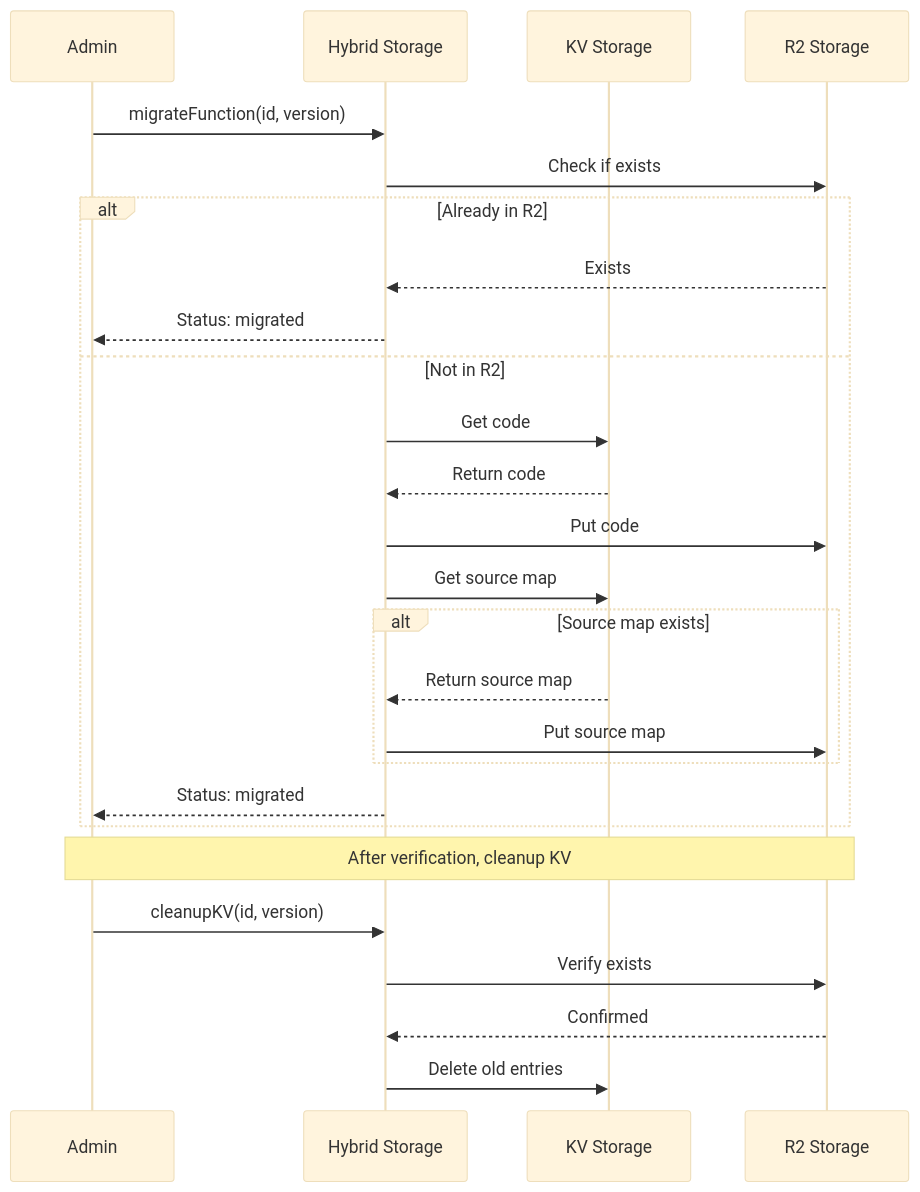
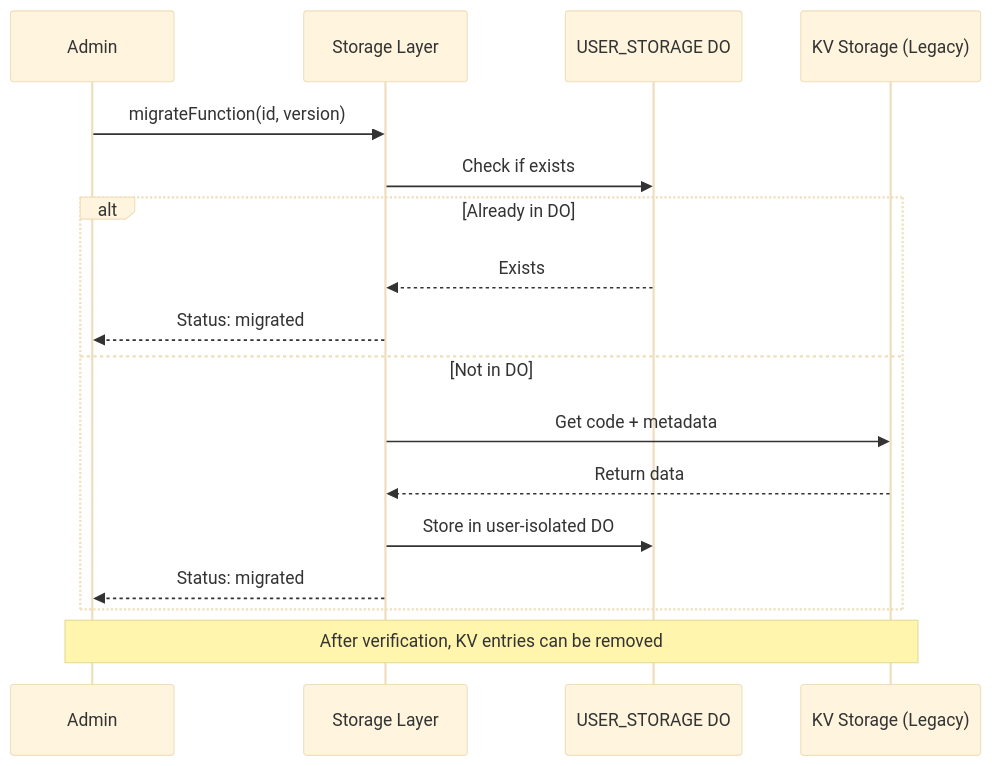
The seventh of 10 diagrams in docs/architecture/overview.md (dot-do/functions), drawn with Mermaid (base theme) before and after one commit. The commit also changed other lines of this file and 14 other files, not shown here.

````diff
--- a/docs/architecture/overview.md
+++ b/docs/architecture/overview.md
@@ -315,35 +299,25 @@
 ```mermaid
 sequenceDiagram
     participant Admin
-    participant Hybrid as Hybrid Storage
-    participant KV as KV Storage
-    participant R2 as R2 Storage
+    participant Storage as Storage Layer
+    participant DO as USER_STORAGE DO
+    participant KV as KV Storage (Legacy)
 
-    Admin->>Hybrid: migrateFunction(id, version)
+    Admin->>Storage: migrateFunction(id, version)
 
-    Hybrid->>R2: Check if exists
+    Storage->>DO: Check if exists
 
-    alt Already in R2
-        R2-->>Hybrid: Exists
-        Hybrid-->>Admin: Status: migrated
-    else Not in R2
-        Hybrid->>KV: Get code
-        KV-->>Hybrid: Return code
+    alt Already in DO
+        DO-->>Storage: Exists
+        Storage-->>Admin: Status: migrated
+    else Not in DO
+        Storage->>KV: Get code + metadata
+        KV-->>Storage: Return data
 
-        Hybrid->>R2: Put code
+        Storage->>DO: Store in user-isolated DO
 
-        Hybrid->>KV: Get source map
-        alt Source map exists
-            KV-->>Hybrid: Return source map
-            Hybrid->>R2: Put source map
-        end
-
-        Hybrid-->>Admin: Status: migrated
+        Storage-->>Admin: Status: migrated
     end
 
-    Note over Admin,R2: After verification, cleanup KV
-    Admin->>Hybrid: cleanupKV(id, version)
-    Hybrid->>R2: Verify exists
-    R2-->>Hybrid: Confirmed
-    Hybrid->>KV: Delete old entries
+    Note over Admin,KV: After verification, KV entries can be removed
 ```
````
